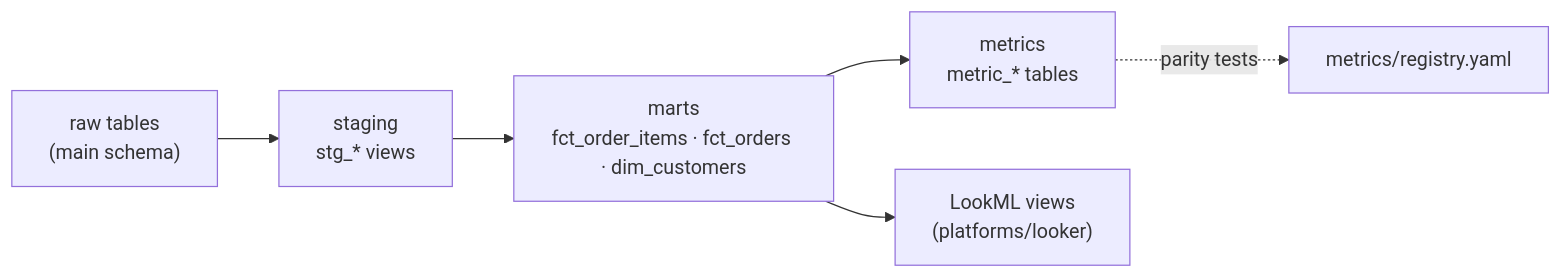
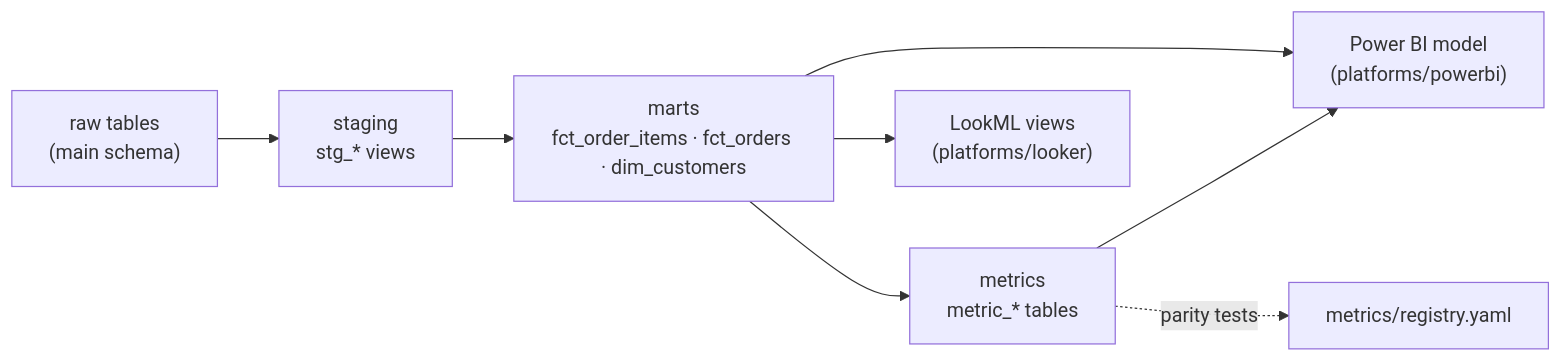
The diagram in platforms/dbt/README.md (davidayala16/bi-framework), drawn with Mermaid before and after one commit. The commit also changed 31 other files, not shown here.

First line of the commit message:
Add working Power BI layer: PBIP project with a TMDL semantic model

````diff
--- a/platforms/dbt/README.md
+++ b/platforms/dbt/README.md
@@ -16,8 +16,10 @@
 ```mermaid
 flowchart LR
     RAW["raw tables<br/>(main schema)"] --> STG["staging<br/>stg_* views"]
     STG --> MARTS["marts<br/>fct_order_items · fct_orders · dim_customers"]
     MARTS --> MET["metrics<br/>metric_* tables"]
     MARTS --> LOOKML["LookML views<br/>(platforms/looker)"]
+    MARTS --> PBI["Power BI model<br/>(platforms/powerbi)"]
+    MET --> PBI
     MET -.parity tests.-> REG["metrics/registry.yaml"]
 ```
````
